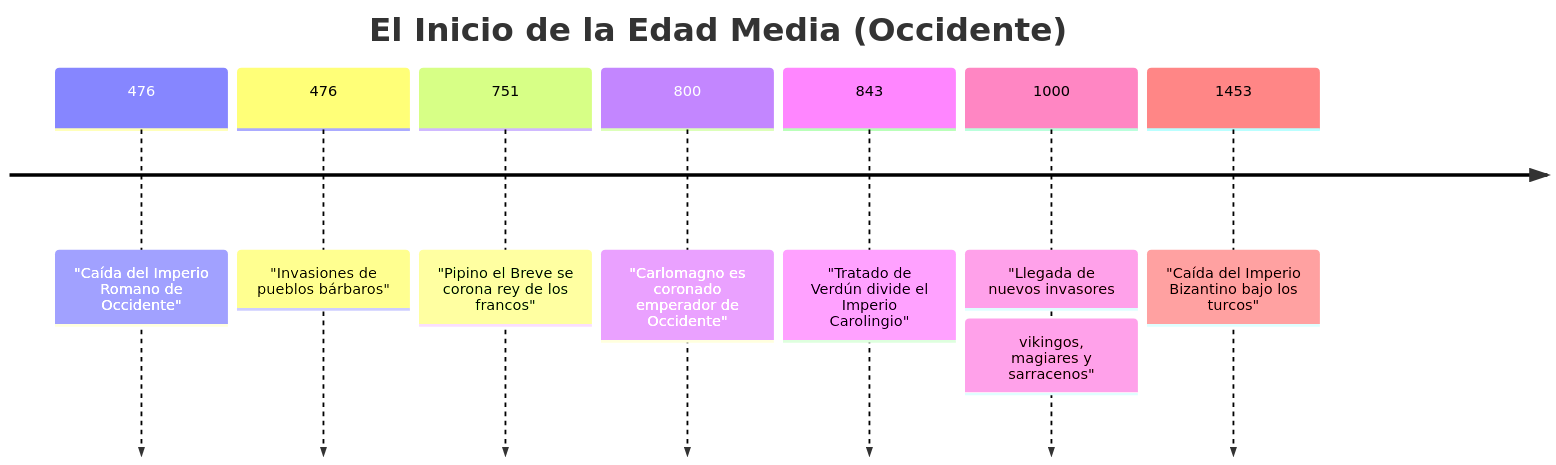
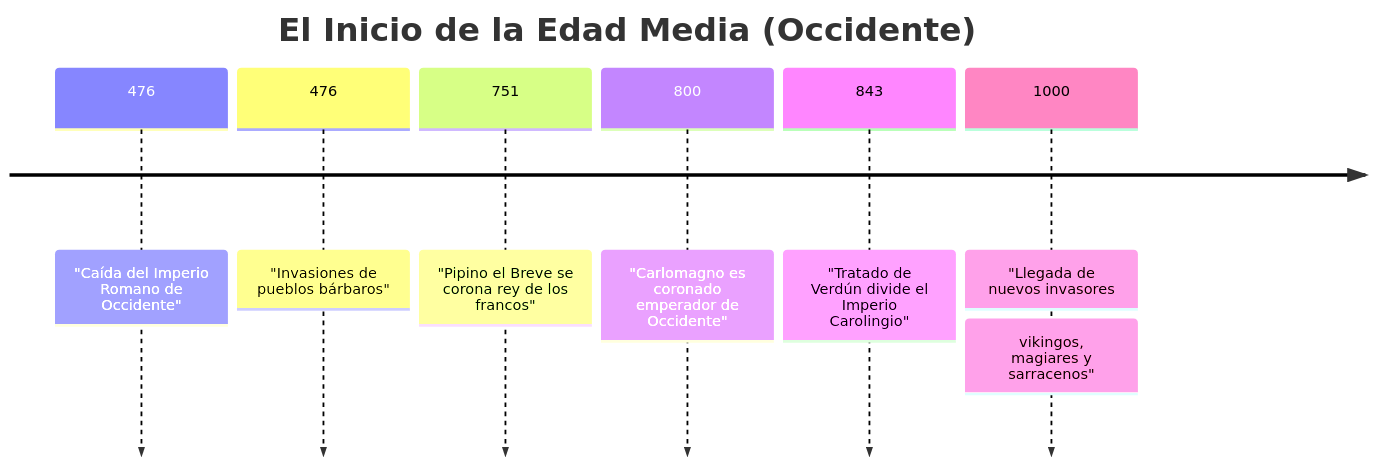
The first of 2 diagrams in historia/Tema1. Inicio Edad Media.md (ajab138/ESO_Segundo), drawn with Mermaid before and after one commit.

Commit message:
Update Tema1. Inicio Edad Media.md

````diff
--- a/historia/Tema1. Inicio Edad Media.md
+++ b/historia/Tema1. Inicio Edad Media.md
@@ -2,11 +2,10 @@
 ```mermaid
 timeline
     title El Inicio de la Edad Media (Occidente)
     476 : "Caída del Imperio Romano de Occidente"
     476 : "Invasiones de pueblos bárbaros"
     751 : "Pipino el Breve se corona rey de los francos"
     800 : "Carlomagno es coronado emperador de Occidente"
     843 : "Tratado de Verdún divide el Imperio Carolingio"
     1000 : "Llegada de nuevos invasores: vikingos, magiares y sarracenos"
-    1453 : "Caída del Imperio Bizantino bajo los turcos"
 ```
````
